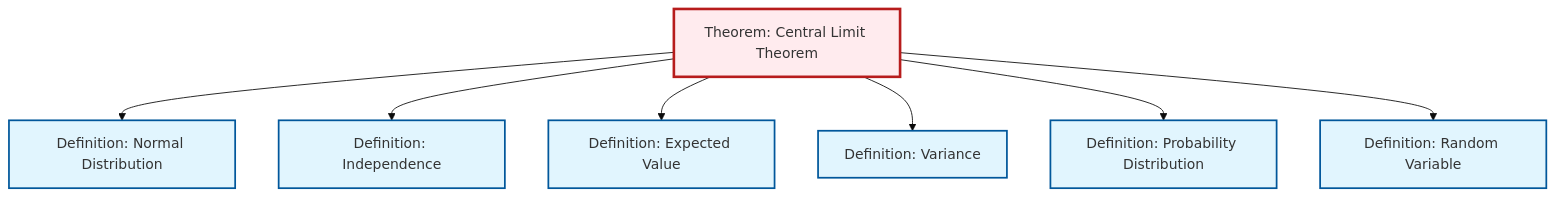
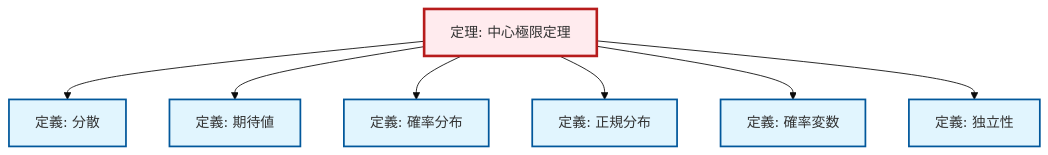
One commit to RK0429/ModernMath changed the second of 2 diagrams in content/ja/probability-statistics/thm-central-limit.qmd. Above: the diagram before and after it, drawn with Mermaid (base theme). The commit also changed 1069 other files, not shown here.

````diff
--- a/content/ja/probability-statistics/thm-central-limit.qmd
+++ b/content/ja/probability-statistics/thm-central-limit.qmd
@@ -112,29 +112,29 @@
 ```{mermaid}
 %%| fig-cap: "Local dependency graph"
 graph TD
     classDef definition fill:#e1f5fe,stroke:#01579b,stroke-width:2px
     classDef theorem fill:#f3e5f5,stroke:#4a148c,stroke-width:2px
     classDef axiom fill:#fff3e0,stroke:#e65100,stroke-width:2px
     classDef example fill:#e8f5e9,stroke:#1b5e20,stroke-width:2px
     classDef current fill:#ffebee,stroke:#b71c1c,stroke-width:3px
-    def-expectation["Definition: Expected Value"]:::definition
-    def-normal-distribution["Definition: Normal Distribution"]:::definition
-    def-probability-distribution["Definition: Probability Distribution"]:::definition
-    def-variance["Definition: Variance"]:::definition
-    def-random-variable["Definition: Random Variable"]:::definition
-    thm-central-limit["Theorem: Central Limit Theorem"]:::theorem
-    def-independence["Definition: Independence"]:::definition
+    def-expectation["定義: 期待値"]:::definition
+    thm-central-limit["定理: 中心極限定理"]:::theorem
+    def-random-variable["定義: 確率変数"]:::definition
+    def-variance["定義: 分散"]:::definition
+    def-independence["定義: 独立性"]:::definition
+    def-probability-distribution["定義: 確率分布"]:::definition
+    def-normal-distribution["定義: 正規分布"]:::definition
+    thm-central-limit --> def-variance
+    thm-central-limit --> def-expectation
+    thm-central-limit --> def-probability-distribution
     thm-central-limit --> def-normal-distribution
+    thm-central-limit --> def-random-variable
     thm-central-limit --> def-independence
-    thm-central-limit --> def-expectation
-    thm-central-limit --> def-variance
-    thm-central-limit --> def-probability-distribution
-    thm-central-limit --> def-random-variable
     class thm-central-limit current
-    click def-expectation "def-expectation.html" "Definition: Expected Valueへ"
-    click def-normal-distribution "def-normal-distribution.html" "Definition: Normal Distributionへ"
-    click def-probability-distribution "def-probability-distribution.html" "Definition: Probability Distributionへ"
-    click def-variance "def-variance.html" "Definition: Varianceへ"
-    click def-random-variable "def-random-variable.html" "Definition: Random Variableへ"
-    click def-independence "def-independence.html" "Definition: Independenceへ"
+    click def-expectation "def-expectation.html" "期待値の定義へ"
+    click def-random-variable "def-random-variable.html" "確率変数の定義へ"
+    click def-variance "def-variance.html" "分散の定義へ"
+    click def-independence "def-independence.html" "独立性の定義へ"
+    click def-probability-distribution "def-probability-distribution.html" "確率分布の定義へ"
+    click def-normal-distribution "def-normal-distribution.html" "正規分布の定義へ"
 ```
````
